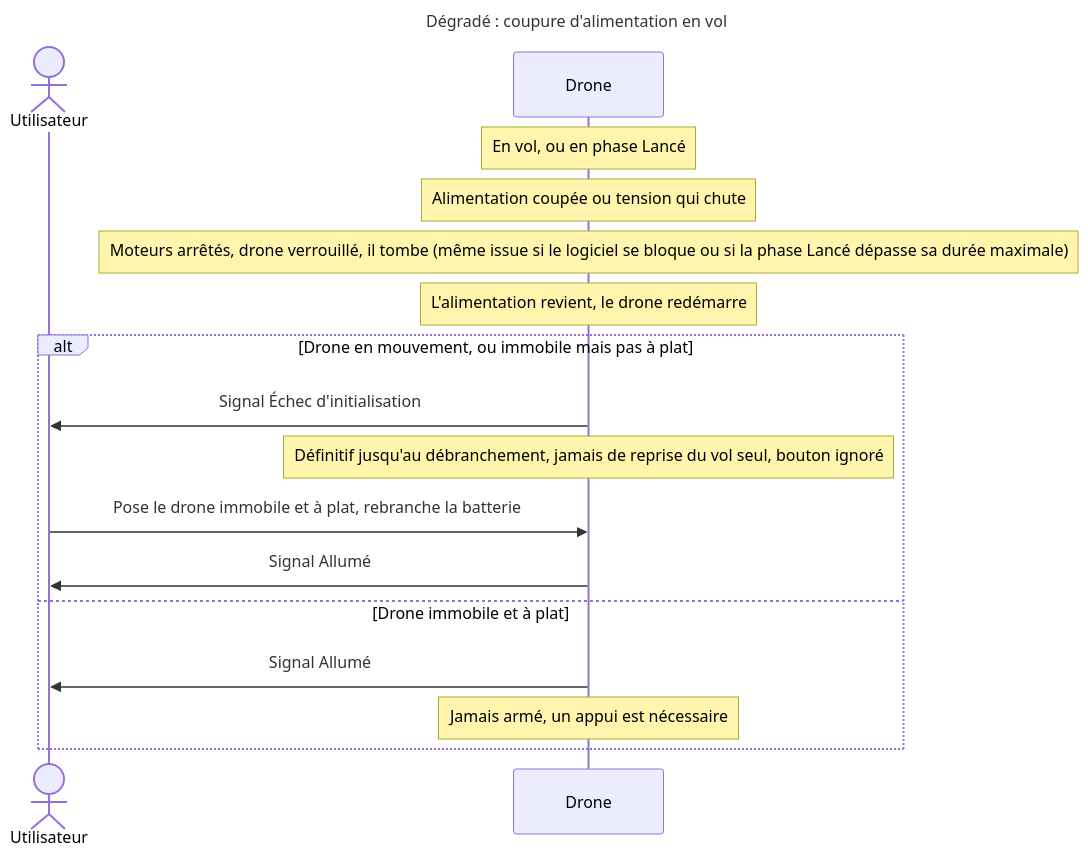
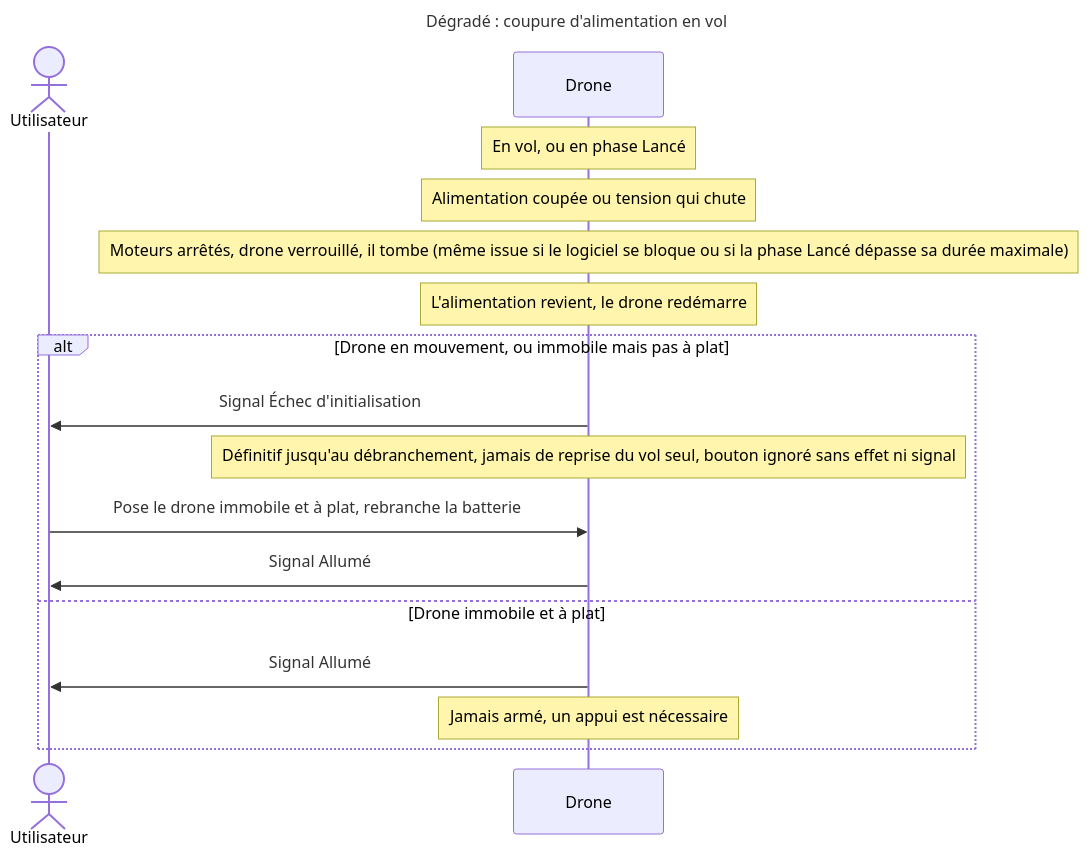
Before and after one commit to thourymatthieu-png/coworker_archi_system: diagram 15 of 16 in projets/boomrone/00-scenarios.md, drawn with Mermaid. The commit also changed other lines of this file and 7 other files, not shown here.

````diff
--- a/projets/boomrone/00-scenarios.md
+++ b/projets/boomrone/00-scenarios.md
@@ -935,21 +985,21 @@
 ```mermaid
 ---
 title: "Dégradé : coupure d'alimentation en vol"
 ---
 sequenceDiagram
     actor U as Utilisateur
     participant D as Drone
     Note over D: En vol, ou en phase Lancé
     Note over D: Alimentation coupée ou tension qui chute
     Note over D: Moteurs arrêtés, drone verrouillé, il tombe (même issue si le logiciel se bloque ou si la phase Lancé dépasse sa durée maximale)
     Note over D: L'alimentation revient, le drone redémarre
     alt Drone en mouvement, ou immobile mais pas à plat
         D->>U: Signal Échec d'initialisation
-        Note over D: Définitif jusqu'au débranchement, jamais de reprise du vol seul, bouton ignoré
+        Note over D: Définitif jusqu'au débranchement, jamais de reprise du vol seul, bouton ignoré sans effet ni signal
         U->>D: Pose le drone immobile et à plat, rebranche la batterie
         D->>U: Signal Allumé
     else Drone immobile et à plat
         D->>U: Signal Allumé
         Note over D: Jamais armé, un appui est nécessaire
     end
 ```
````
